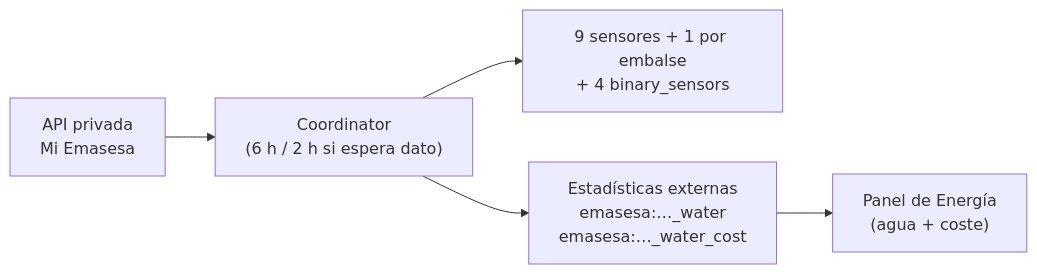
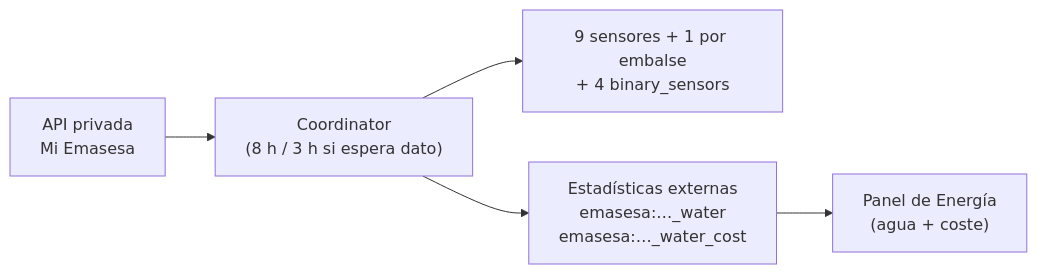
Before and after one commit to badbugssoftware/ha-emasesa: the diagram in README.md, drawn with Mermaid. The commit also changed other lines of this file and 3 other files, not shown here.

````diff
--- a/README.md
+++ b/README.md
@@ -80,7 +80,7 @@
 ```mermaid
 flowchart LR
-    A["API privada<br/>Mi Emasesa"] --> B["Coordinator<br/>(6 h / 2 h si espera dato)"]
+    A["API privada<br/>Mi Emasesa"] --> B["Coordinator<br/>(8 h / 3 h si espera dato)"]
     B --> C["9 sensores + 1 por embalse<br/>+ 4 binary_sensors"]
     B --> D["Estadísticas externas<br/>emasesa:…_water<br/>emasesa:…_water_cost"]
     D --> E["Panel de Energía<br/>(agua + coste)"]
 ```
````
